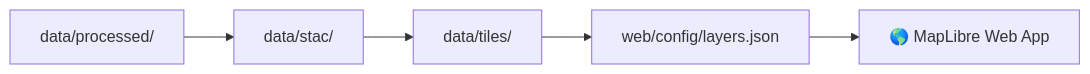
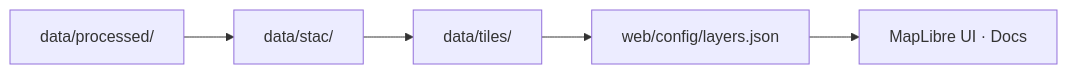
The second of 2 diagrams in docs/architecture/data-architecture.md (bartytime4life/Kansas-Frontier-Matrix), drawn with Mermaid before and after one commit. The commit also changed other lines of this file, not shown here.

````diff
--- a/docs/architecture/data-architecture.md
+++ b/docs/architecture/data-architecture.md
@@ -123,7 +177,7 @@
 ```mermaid
 graph LR
-  A["data/processed/"] --> B["data/stac/"]
-  B --> C["data/tiles/"]
-  C --> D["web/config/layers.json"]
-  D --> E["🌎 MapLibre Web App"]
+  DP["data/processed/"] --> S["data/stac/"]
+  S --> T["data/tiles/"]
+  T --> W["web/config/layers.json"]
+  W --> UI["MapLibre UI · Docs"]
 ```
````
